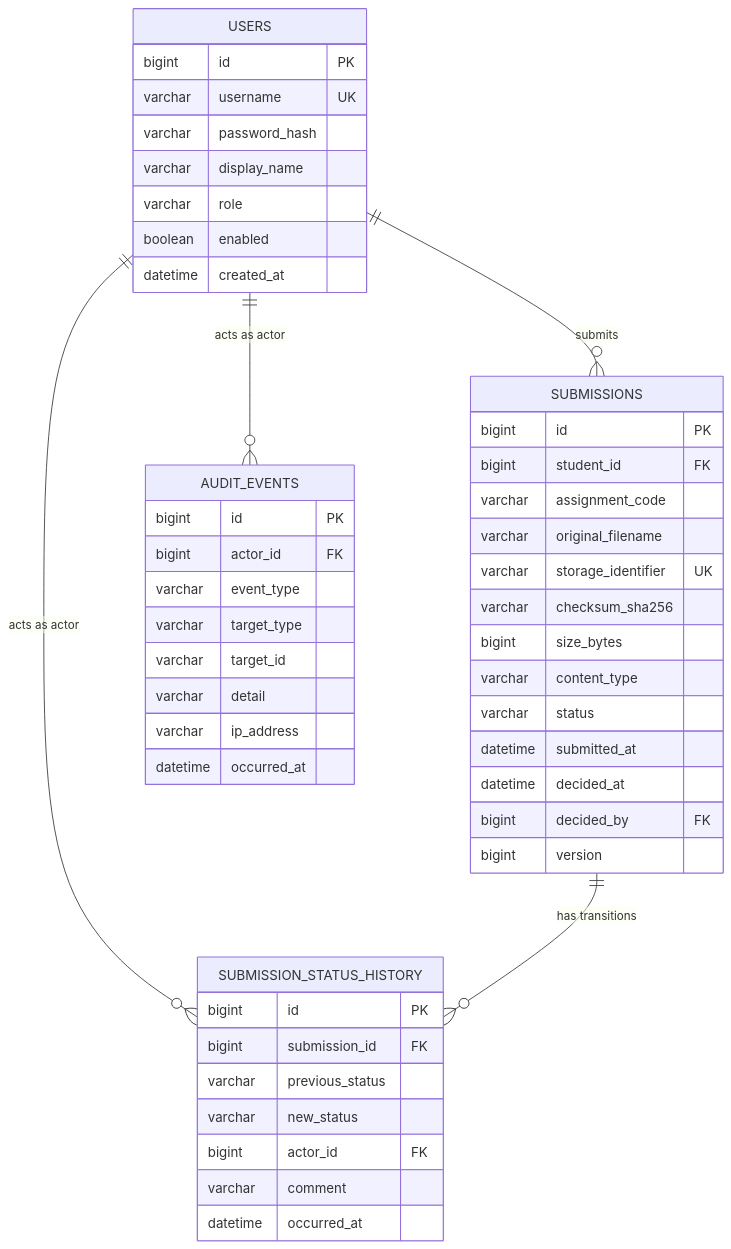
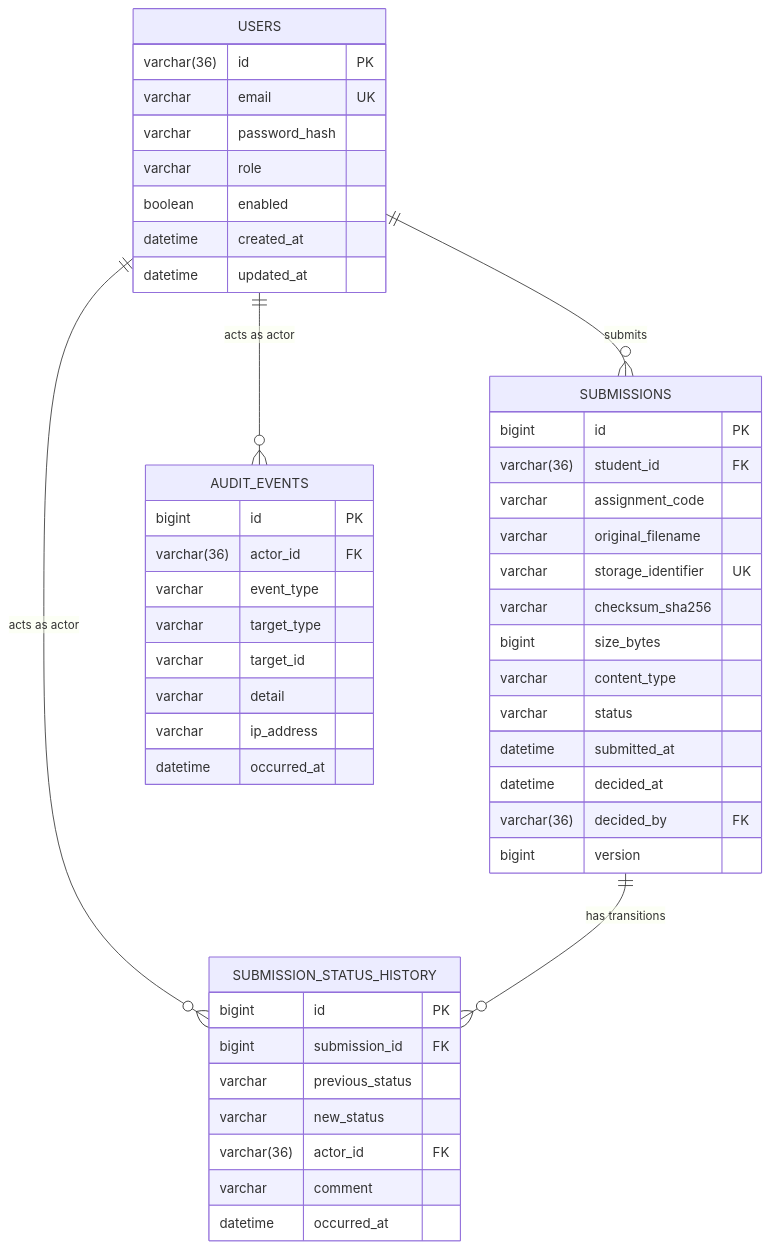
One commit to Ayush-Gole8/online-assignment-portal changed the first of 2 diagrams in docs/architecture/data-model.md. Above: the diagram before and after it, drawn with Mermaid. The commit also changed other lines of this file and 28 other files, not shown here.

````diff
--- a/docs/architecture/data-model.md
+++ b/docs/architecture/data-model.md
@@ -17,54 +26,54 @@
 ```mermaid
 erDiagram
     USERS ||--o{ SUBMISSIONS : "submits"
     USERS ||--o{ SUBMISSION_STATUS_HISTORY : "acts as actor"
     SUBMISSIONS ||--o{ SUBMISSION_STATUS_HISTORY : "has transitions"
     USERS ||--o{ AUDIT_EVENTS : "acts as actor"
 
     USERS {
-        bigint id PK
-        varchar username UK
+        varchar(36) id PK
+        varchar email UK
         varchar password_hash
-        varchar display_name
         varchar role
         boolean enabled
         datetime created_at
+        datetime updated_at
     }
 
     SUBMISSIONS {
         bigint id PK
-        bigint student_id FK
+        varchar(36) student_id FK
         varchar assignment_code
         varchar original_filename
         varchar storage_identifier UK
         varchar checksum_sha256
         bigint size_bytes
         varchar content_type
         varchar status
         datetime submitted_at
         datetime decided_at
-        bigint decided_by FK
+        varchar(36) decided_by FK
         bigint version
     }
 
     SUBMISSION_STATUS_HISTORY {
         bigint id PK
         bigint submission_id FK
         varchar previous_status
         varchar new_status
-        bigint actor_id FK
+        varchar(36) actor_id FK
         varchar comment
         datetime occurred_at
     }
 
     AUDIT_EVENTS {
         bigint id PK
-        bigint actor_id FK
+        varchar(36) actor_id FK
         varchar event_type
         varchar target_type
         varchar target_id
         varchar detail
         varchar ip_address
         datetime occurred_at
     }
 ```
````
